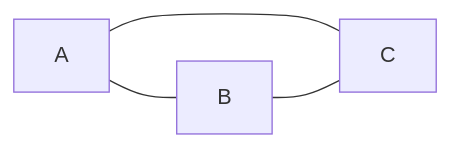
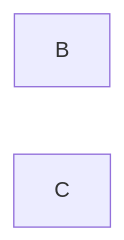
Before and after one commit to MassariFilippo/Appunti: the fourth of 26 diagrams in MarkDown/RicercaOperativa.md, drawn with Mermaid. The commit also changed other lines of this file, not shown here.

````diff
--- a/MarkDown/RicercaOperativa.md
+++ b/MarkDown/RicercaOperativa.md
@@ -912,6 +933,6 @@
 ```mermaid
   graph LR
-      A --- B
-      A --- C
-      B --- C
+       B
+       C
+       C
 ```
````
